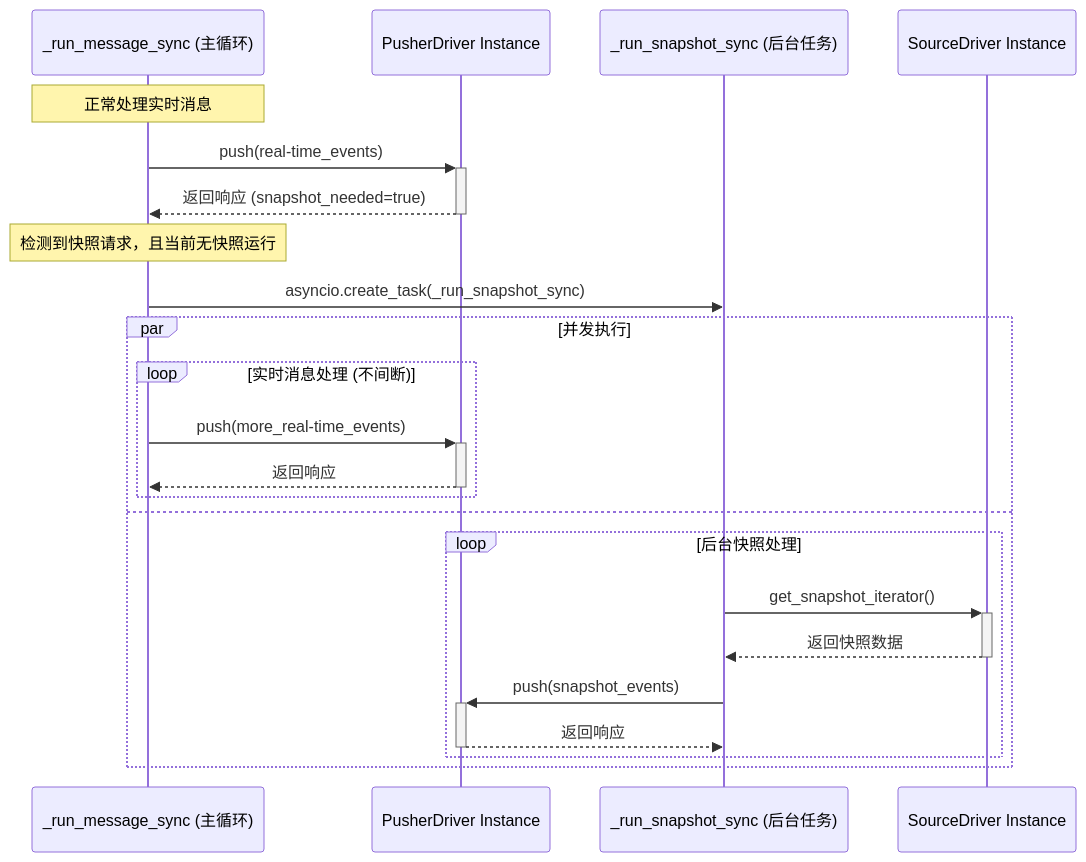
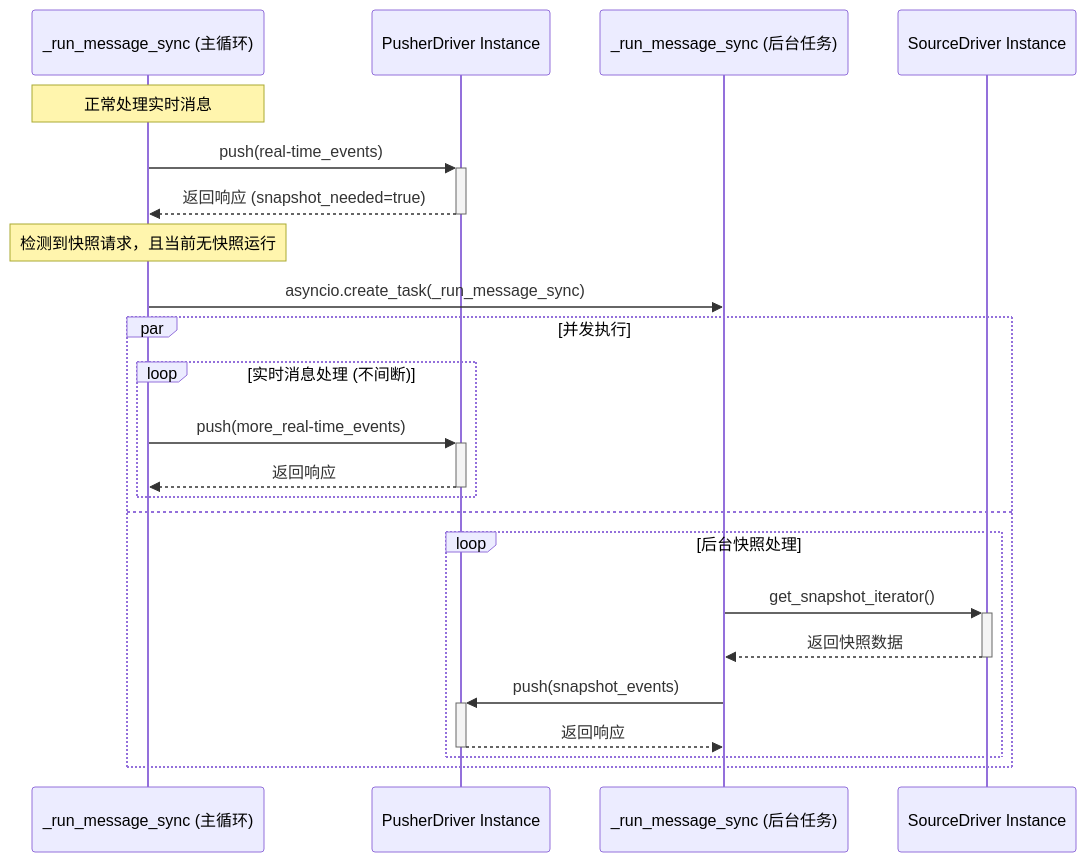
Before and after one commit to excelwang/fustor: the second of 2 diagrams in agent/docs/architecture/concurrency.md, drawn with Mermaid. The commit also changed other lines of this file and 55 other files, not shown here.

````diff
--- a/agent/docs/architecture/concurrency.md
+++ b/agent/docs/architecture/concurrency.md
@@ -53,28 +53,28 @@
 ```mermaid
 sequenceDiagram
     participant Main as _run_message_sync (主循环)
     participant RDI as PusherDriver Instance
-    participant BG as _run_snapshot_sync (后台任务)
+    participant BG as _run_message_sync (后台任务)
     participant SDI as SourceDriver Instance
 
     Note over Main: 正常处理实时消息
     Main->>+RDI: push(real-time_events)
     RDI-->>-Main: 返回响应 (snapshot_needed=true)
 
     Note over Main: 检测到快照请求，且当前无快照运行
-    Main->>BG: asyncio.create_task(_run_snapshot_sync)
+    Main->>BG: asyncio.create_task(_run_message_sync)
 
     par 并发执行
         loop 实时消息处理 (不间断)
             Main->>+RDI: push(more_real-time_events)
             RDI-->>-Main: 返回响应
         end
     and
         loop 后台快照处理
             BG->>+SDI: get_snapshot_iterator()
             SDI-->>-BG: 返回快照数据
             BG->>+RDI: push(snapshot_events)
             RDI-->>-BG: 返回响应
         end
     end
 ```
````
